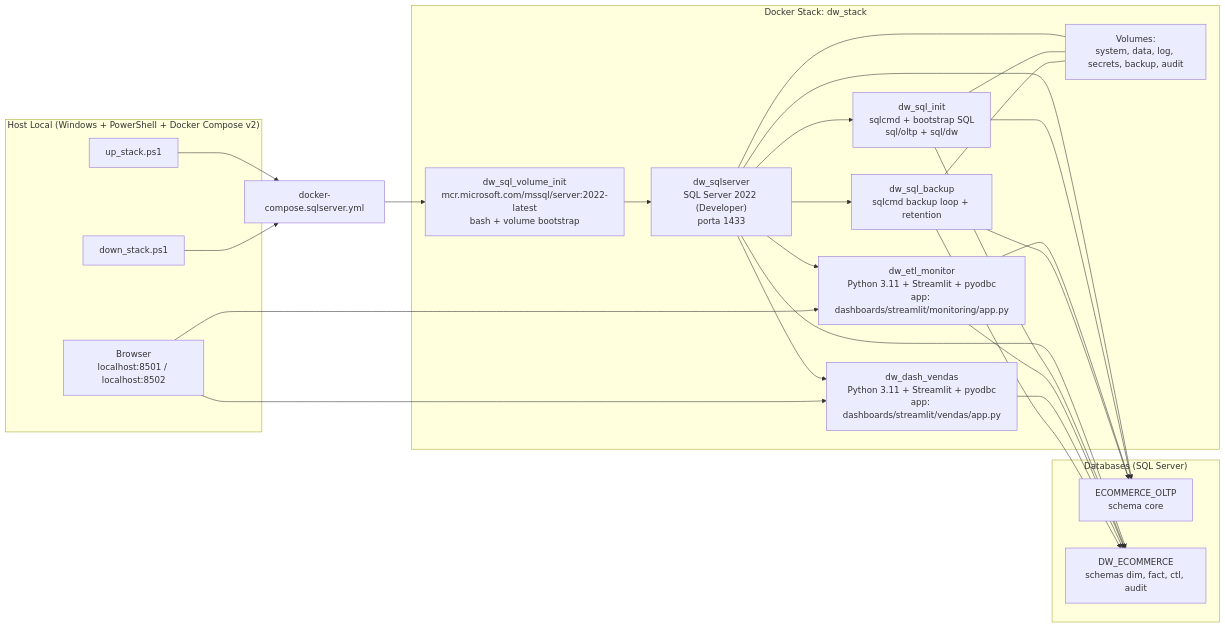
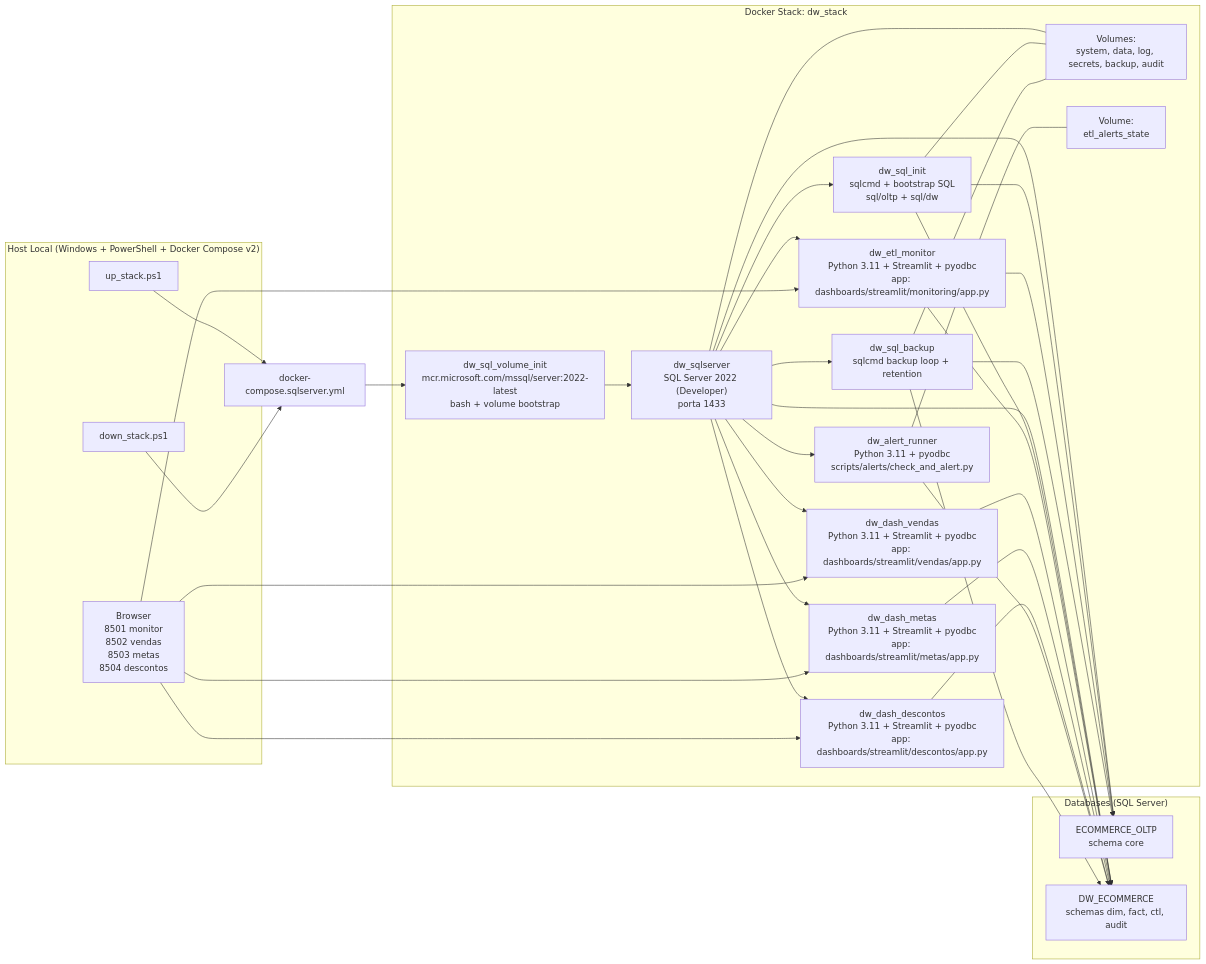
Before and after one commit to IgorNatann/project_e_commerce_dw: the first of 2 diagrams in docs/diagrams/02_arquitetura_atual.md, drawn with Mermaid. The commit also changed other lines of this file and 4 other files, not shown here.

Commit message:
docs(architecture): atualiza documentacao para refletir stack e escopo atuais

````diff
--- a/docs/diagrams/02_arquitetura_atual.md
+++ b/docs/diagrams/02_arquitetura_atual.md
@@ -7,50 +7,63 @@
 ```mermaid
 flowchart LR
     subgraph HOST["Host Local (Windows + PowerShell + Docker Compose v2)"]
         UP["up_stack.ps1"]
         DOWN["down_stack.ps1"]
-        BROWSER["Browser<br/>localhost:8501 / localhost:8502"]
+        BROWSER["Browser<br/>8501 monitor<br/>8502 vendas<br/>8503 metas<br/>8504 descontos"]
     end
 
     UP --> COMPOSE["docker-compose.sqlserver.yml"]
     DOWN --> COMPOSE
 
     subgraph STACK["Docker Stack: dw_stack"]
         VINIT["dw_sql_volume_init<br/>mcr.microsoft.com/mssql/server:2022-latest<br/>bash + volume bootstrap"]
         SQL["dw_sqlserver<br/>SQL Server 2022 (Developer)<br/>porta 1433"]
         INIT["dw_sql_init<br/>sqlcmd + bootstrap SQL<br/>sql/oltp + sql/dw"]
         MON["dw_etl_monitor<br/>Python 3.11 + Streamlit + pyodbc<br/>app: dashboards/streamlit/monitoring/app.py"]
-        DASH["dw_dash_vendas<br/>Python 3.11 + Streamlit + pyodbc<br/>app: dashboards/streamlit/vendas/app.py"]
+        DASHV["dw_dash_vendas<br/>Python 3.11 + Streamlit + pyodbc<br/>app: dashboards/streamlit/vendas/app.py"]
+        DASHM["dw_dash_metas<br/>Python 3.11 + Streamlit + pyodbc<br/>app: dashboards/streamlit/metas/app.py"]
+        DASHD["dw_dash_descontos<br/>Python 3.11 + Streamlit + pyodbc<br/>app: dashboards/streamlit/descontos/app.py"]
+        ALERT["dw_alert_runner<br/>Python 3.11 + pyodbc<br/>scripts/alerts/check_and_alert.py"]
         BACKUP["dw_sql_backup<br/>sqlcmd backup loop + retention"]
         VOLS["Volumes:<br/>system, data, log, secrets, backup, audit"]
+        AVOL["Volume:<br/>etl_alerts_state"]
     end
 
     subgraph DBS["Databases (SQL Server)"]
         OLTP["ECOMMERCE_OLTP<br/>schema core"]
         DW["DW_ECOMMERCE<br/>schemas dim, fact, ctl, audit"]
     end
 
     COMPOSE --> VINIT --> SQL
     SQL --> INIT
     SQL --> MON
-    SQL --> DASH
+    SQL --> DASHV
+    SQL --> DASHM
+    SQL --> DASHD
+    SQL --> ALERT
     SQL --> BACKUP
 
     SQL --- VOLS
     INIT --- VOLS
     BACKUP --- VOLS
+    ALERT --- AVOL
 
     SQL --> OLTP
     SQL --> DW
 
     INIT --> OLTP
     INIT --> DW
     MON --> OLTP
     MON --> DW
-    DASH --> DW
+    DASHV --> DW
+    DASHM --> DW
+    DASHD --> DW
+    ALERT --> DW
     BACKUP --> OLTP
     BACKUP --> DW
 
     BROWSER --> MON
-    BROWSER --> DASH
+    BROWSER --> DASHV
+    BROWSER --> DASHM
+    BROWSER --> DASHD
 ```
````
